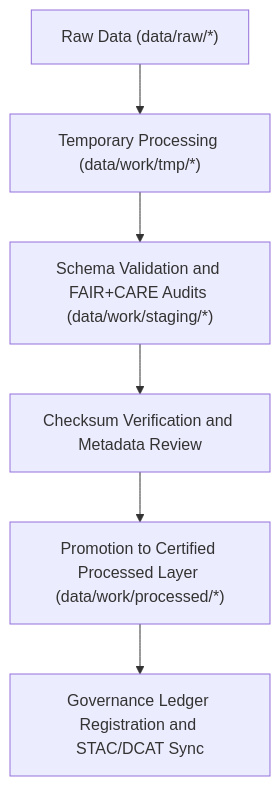
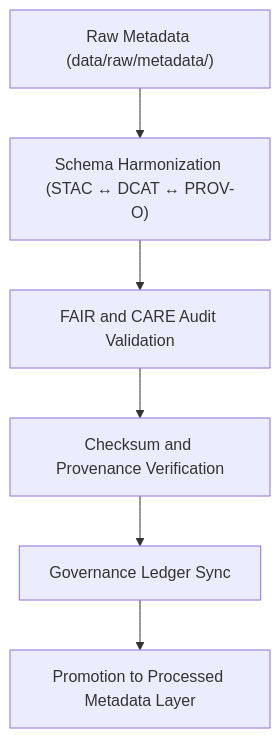
The diagram in data/work/staging/metadata/README.md (bartytime4life/Kansas-Frontier-Matrix), drawn with Mermaid before and after one commit. The commit also changed other lines of this file, not shown here.

Commit message:
Update README for metadata staging workspace

````diff
--- a/data/work/staging/metadata/README.md
+++ b/data/work/staging/metadata/README.md
@@ -74,8 +74,8 @@
 ```mermaid
 flowchart TD
-    A["Raw Data (data/raw/*)"] --> B["Temporary Processing (data/work/tmp/*)"]
-    B --> C["Schema Validation and FAIR+CARE Audits (data/work/staging/*)"]
-    C --> D["Checksum Verification and Metadata Review"]
-    D --> E["Promotion to Certified Processed Layer (data/work/processed/*)"]
-    E --> F["Governance Ledger Registration and STAC/DCAT Sync"]
+    A["Raw Metadata (data/raw/metadata/)"] --> B["Schema Harmonization (STAC ↔ DCAT ↔ PROV-O)"]
+    B --> C["FAIR and CARE Audit Validation"]
+    C --> D["Checksum and Provenance Verification"]
+    D --> E["Governance Ledger Sync"]
+    E --> F["Promotion to Processed Metadata Layer"]
 ```
````
